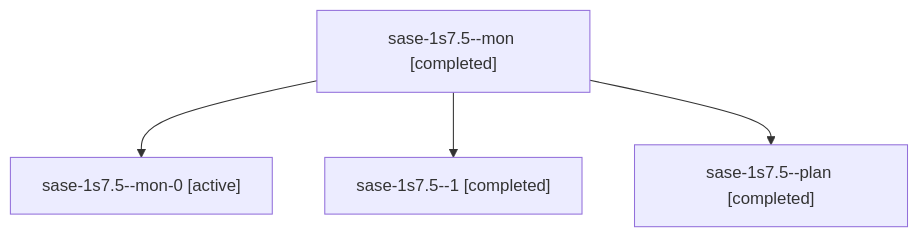
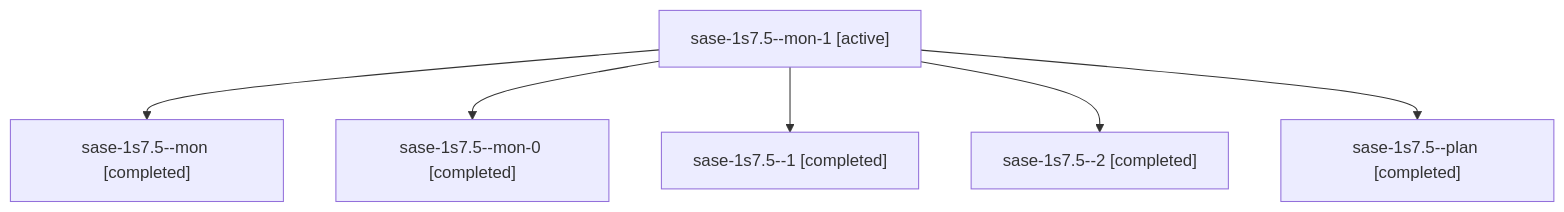
Before and after one commit to sase-org/sase--agents: the diagram in sessions/bbugyi200.athena.sase-1s7.5.md, drawn with Mermaid. The commit also changed other lines of this file and 40 other files, not shown here.

````diff
--- a/sessions/bbugyi200.athena.sase-1s7.5.md
+++ b/sessions/bbugyi200.athena.sase-1s7.5.md
@@ -9,10 +9,14 @@
 ```mermaid
 flowchart TD
-  n0["sase-1s7.5--mon [completed]"]
-  n1["sase-1s7.5--mon-0 [active]"]
+  n0["sase-1s7.5--mon-1 [active]"]
+  n1["sase-1s7.5--mon [completed]"]
   n0 --> n1
-  n2["sase-1s7.5--1 [completed]"]
+  n2["sase-1s7.5--mon-0 [completed]"]
   n0 --> n2
-  n3["sase-1s7.5--plan [completed]"]
+  n3["sase-1s7.5--1 [completed]"]
   n0 --> n3
+  n4["sase-1s7.5--2 [completed]"]
+  n0 --> n4
+  n5["sase-1s7.5--plan [completed]"]
+  n0 --> n5
 ```
````
